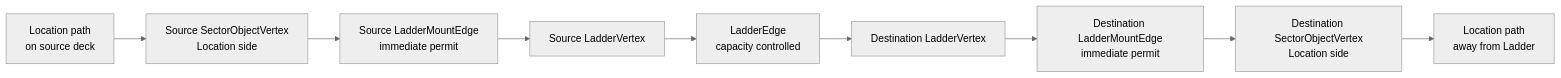
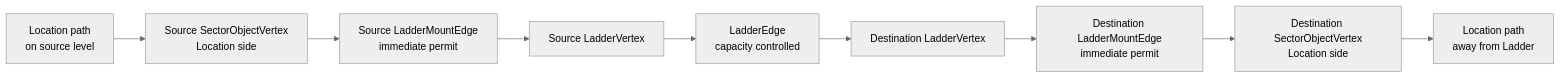
The first of 4 diagrams in docs/sector-ladder-agent-flow.md (ajare/prometheum-fermide), drawn with Mermaid (neutral theme) before and after one commit. The commit also changed other lines of this file and 108 other files, not shown here.

Commit message:
Rename deck terminology to level

````diff
--- a/docs/sector-ladder-agent-flow.md
+++ b/docs/sector-ladder-agent-flow.md
@@ -9,14 +9,14 @@
 ```mermaid
 flowchart LR
-    A["Location path<br/>on source deck"]
+    A["Location path<br/>on source level"]
     B["Source SectorObjectVertex<br/>Location side"]
     C["Source LadderMountEdge<br/>immediate permit"]
     D["Source LadderVertex"]
     E["LadderEdge<br/>capacity controlled"]
     F["Destination LadderVertex"]
     G["Destination LadderMountEdge<br/>immediate permit"]
     H["Destination SectorObjectVertex<br/>Location side"]
     I["Location path<br/>away from Ladder"]
 
     A --> B --> C --> D --> E --> F --> G --> H --> I
 ```
````
